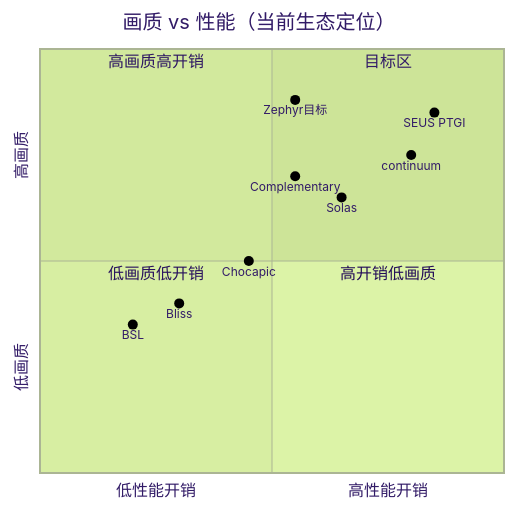
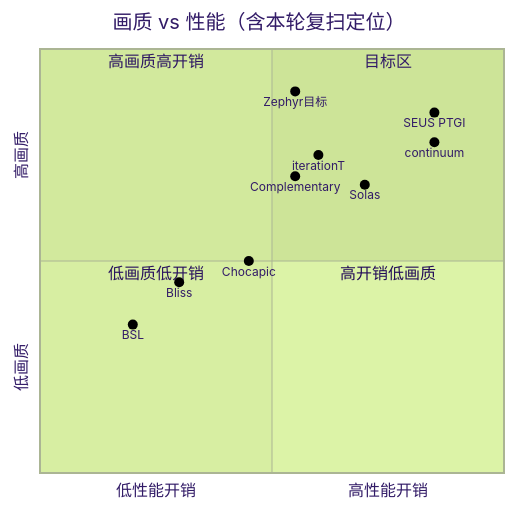
Before and after one commit to sinxy-sai/Zephyr-Shader: the third of 4 diagrams in docs/zephyr-architecture.md, drawn with Mermaid (forest theme). The commit also changed other lines of this file, not shown here.

First line of the commit message:
docs: re-survey all extracted shaderpacks and update Zephyr architecture (v2)

````diff
--- a/docs/zephyr-architecture.md
+++ b/docs/zephyr-architecture.md
@@ -278,18 +258,19 @@
 ```mermaid
 quadrantChart
-    title 画质 vs 性能（当前生态定位）
+    title 画质 vs 性能（含本轮复扫定位）
     x-axis 低性能开销 --> 高性能开销
     y-axis 低画质 --> 高画质
     quadrant-1 目标区
     quadrant-2 高画质高开销
     quadrant-3 低画质低开销
     quadrant-4 高开销低画质
     BSL: [0.20, 0.35]
-    Bliss: [0.30, 0.40]
+    Bliss: [0.30, 0.45]
     Chocapic: [0.45, 0.50]
     Complementary: [0.55, 0.70]
+    iterationT: [0.60, 0.75]
+    Solas: [0.70, 0.68]
     SEUS PTGI: [0.85, 0.85]
-    continuum: [0.80, 0.75]
-    Solas: [0.65, 0.65]
-    Zephyr目标: [0.55, 0.88]
+    continuum: [0.85, 0.78]
+    Zephyr目标: [0.55, 0.90]
 ```
````
